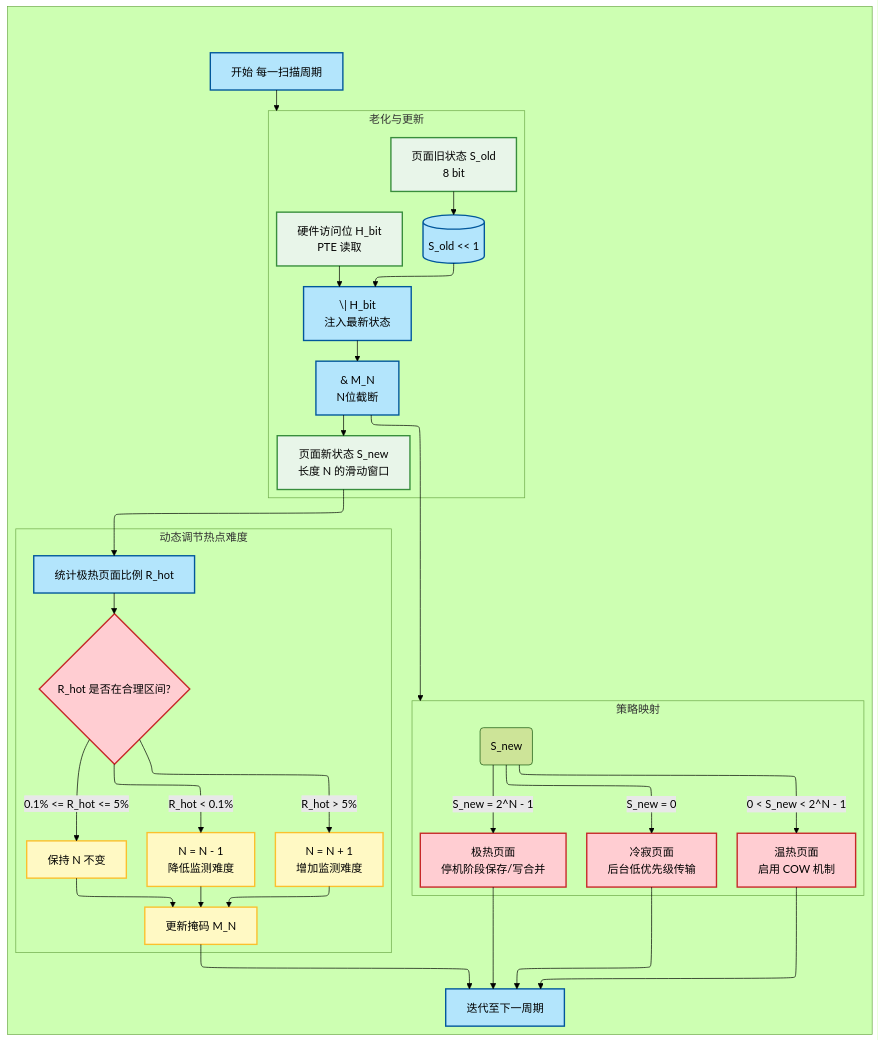
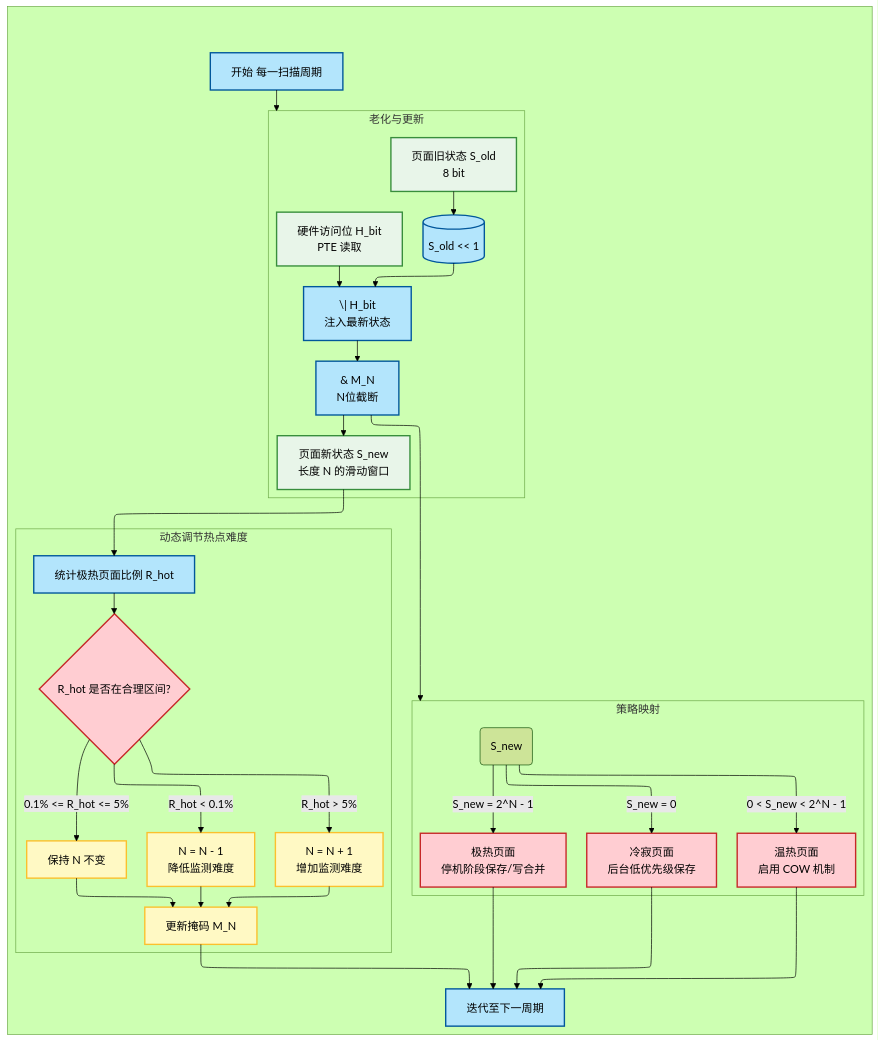
One commit to Soul-of-Sky/lunwen changed the diagram in figures/aging.mmd. Above: the diagram before and after it, drawn with Mermaid (forest theme). The commit also changed 19 other files, not shown here.

```diff
--- a/figures/aging.mmd
+++ b/figures/aging.mmd
@@ -1,80 +1,80 @@
 ---
 config:
   layout: elk
 ---
 flowchart TB
  subgraph subGraph0["老化与更新"]
     direction LR
         Old_S["页面旧状态 S_old<br>8 bit"]
         H_Bit["硬件访问位 H_bit<br>PTE 读取"]
         Aging_Shift[("S_old &lt;&lt; 1")]
         New_LSB["\| H_bit<br>注入最新状态"]
         Masking["&amp; M_N<br>N位截断"]
         S_New["页面新状态 S_new<br>长度 N 的滑动窗口"]
   end
  subgraph Dynamic_N_Adjustment["动态调节热点难度"]
         R_Hot["统计极热页面比例 R_hot"]
         Hot_Decision{"R_hot 是否在合理区间?"}
         N_Up["N = N + 1<br>增加监测难度"]
         N_Down["N = N - 1<br>降低监测难度"]
         N_Stable["保持 N 不变"]
         New_Mask["更新掩码 M_N"]
   end
  subgraph Strategy_Mapping["策略映射"]
     direction LR
         S_New_Map("S_new")
         Strategy_Hot["极热页面<br>停机阶段保存/写合并"]
         Strategy_Warm["温热页面<br>启用 COW 机制"]
-        Strategy_Cold["冷寂页面<br>后台低优先级传输"]
+        Strategy_Cold["冷寂页面<br>后台低优先级保存"]
   end
  subgraph s1[" "]
     direction TB
         Start["开始 每一扫描周期"]
         subGraph0
         Dynamic_N_Adjustment
         Strategy_Mapping
         End["迭代至下一周期"]
   end
     Old_S --> Aging_Shift
     Aging_Shift --> New_LSB
     H_Bit --> New_LSB
     New_LSB --> Masking
     Masking --> S_New & Strategy_Mapping
     R_Hot --> Hot_Decision
     Hot_Decision -- R_hot > 5% --> N_Up
     Hot_Decision -- "R_hot &lt; 0.1%" --> N_Down
     Hot_Decision -- "0.1% &lt;= R_hot &lt;= 5%" --> N_Stable
     N_Up --> New_Mask
     N_Down --> New_Mask
     N_Stable --> New_Mask
     S_New --> R_Hot
     S_New_Map -- "S_new = 2^N - 1" --> Strategy_Hot
     S_New_Map -- "0 &lt; S_new &lt; 2^N - 1" --> Strategy_Warm
     S_New_Map -- "S_new = 0" --> Strategy_Cold
     New_Mask --> End
     Strategy_Cold --> End
     Strategy_Warm --> End
     Strategy_Hot --> End
     Start --> subGraph0
 
      Old_S:::state
      H_Bit:::state
      Aging_Shift:::step
      New_LSB:::step
      Masking:::step
      S_New:::state
      R_Hot:::step
      Hot_Decision:::decision
      N_Up:::update
      N_Down:::update
      N_Stable:::update
      New_Mask:::update
      Strategy_Hot:::decision
      Strategy_Warm:::decision
      Strategy_Cold:::decision
      Start:::step
      End:::step
     classDef step fill:#b3e5fc,stroke:#01579b,stroke-width:2px
     classDef decision fill:#ffcdd2,stroke:#c62828,stroke-width:2px
     classDef state fill:#e8f5e9,stroke:#388e3c,stroke-width:2px
     classDef update fill:#fff9c4,stroke:#fbc02d,stroke-width:2px
```
